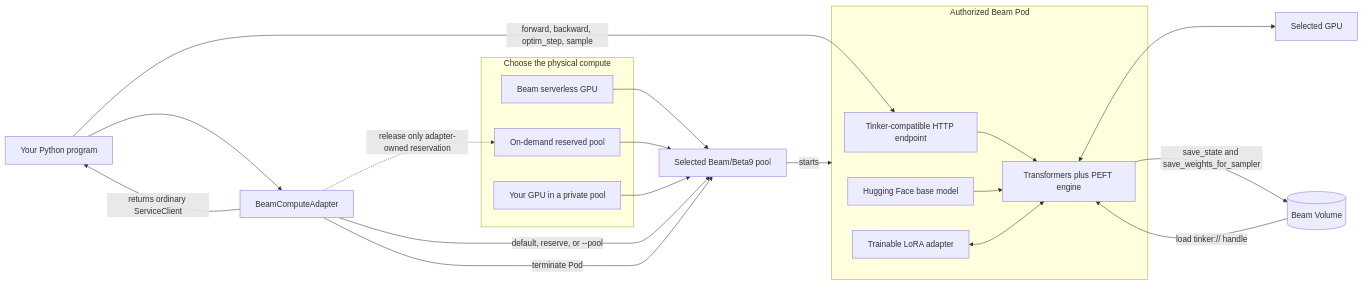
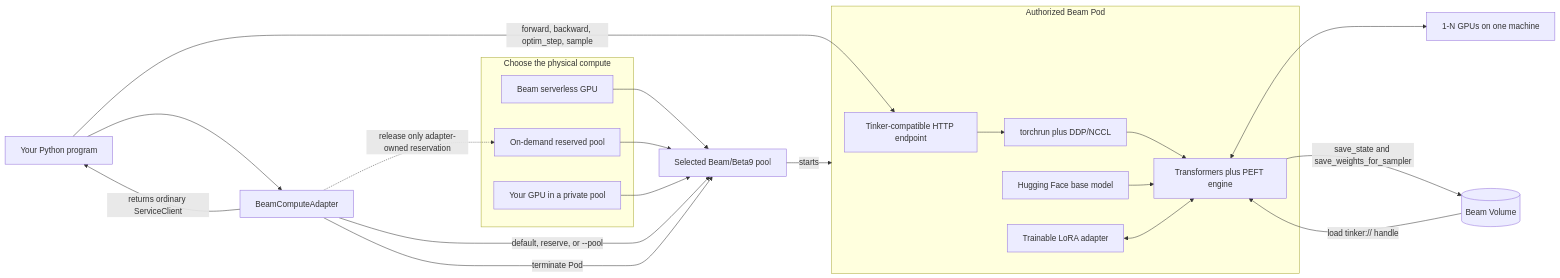
The first of 3 diagrams in docs/system-diagrams.md (beam-cloud/opentinker), drawn with Mermaid before and after one commit. The commit also changed other lines of this file and 20 other files, not shown here.

````diff
--- a/docs/system-diagrams.md
+++ b/docs/system-diagrams.md
@@ -9,38 +9,39 @@
 ```mermaid
 flowchart LR
     User["Your Python program"]
     Adapter["BeamComputeAdapter"]
     subgraph Capacity["Choose the physical compute"]
         Serverless["Beam serverless GPU"]
         Reserved["On-demand reserved pool"]
         Private["Your GPU in a private pool"]
     end
     Pool["Selected Beam/Beta9 pool"]
 
     subgraph Pod["Authorized Beam Pod"]
         Endpoint["Tinker-compatible HTTP endpoint"]
         Engine["Transformers plus PEFT engine"]
+        DDP["torchrun plus DDP/NCCL"]
         Base["Hugging Face base model"]
         LoRA["Trainable LoRA adapter"]
-        Endpoint --> Engine
+        Endpoint --> DDP --> Engine
         Base --> Engine
         LoRA <--> Engine
     end
 
-    GPU["Selected GPU"]
+    GPU["1-N GPUs on one machine"]
     Volume[("Beam Volume")]
 
     User --> Adapter
     Serverless --> Pool
     Reserved --> Pool
     Private --> Pool
     Adapter -- "default, reserve, or --pool" --> Pool
     Pool -- "starts" --> Pod
     Adapter -- "returns ordinary ServiceClient" --> User
     User -- "forward, backward, optim_step, sample" --> Endpoint
     Engine <--> GPU
     Engine -- "save_state and save_weights_for_sampler" --> Volume
     Volume -- "load tinker:// handle" --> Engine
     Adapter -- "terminate Pod" --> Pool
     Adapter -. "release only adapter-owned reservation" .-> Reserved
 ```
````
